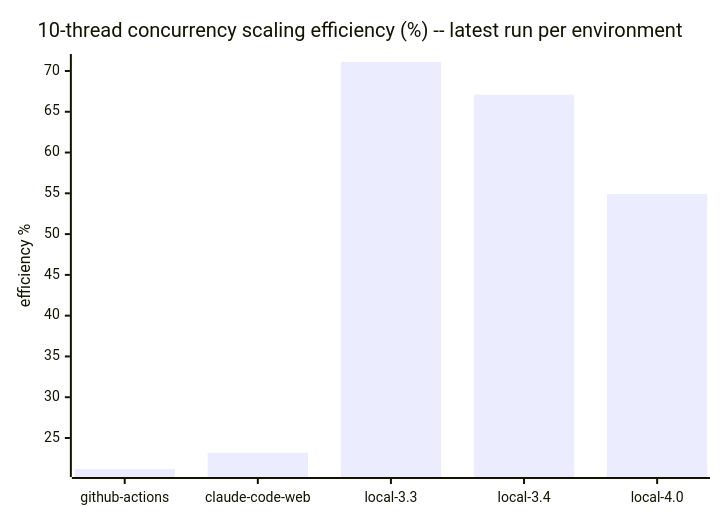
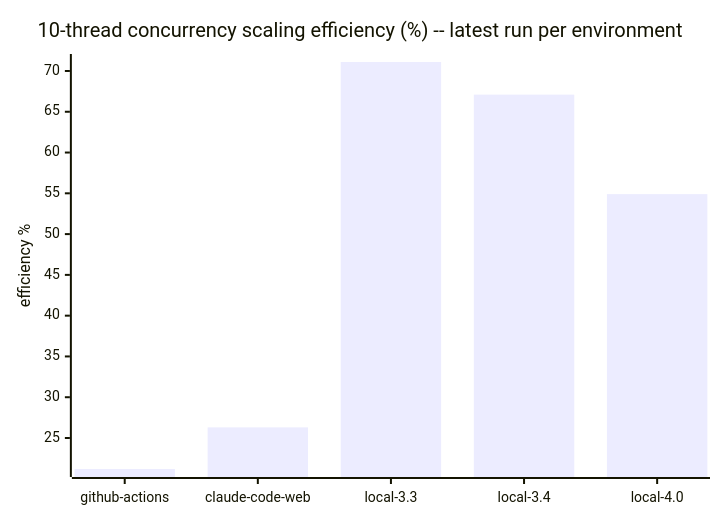
Before and after one commit to cpb/duckling: the seventh of 7 diagrams in docs/benchmarks/README.md, drawn with Mermaid. The commit also changed other lines of this file and 1 other file, not shown here.

````diff
--- a/docs/benchmarks/README.md
+++ b/docs/benchmarks/README.md
@@ -223,7 +223,7 @@
 ```mermaid
 xychart-beta
     title "10-thread concurrency scaling efficiency (%) -- latest run per environment"
     x-axis [github-actions, claude-code-web, local-3.3, local-3.4, local-4.0]
     y-axis "efficiency %"
-    bar "efficiency_pct" [21.2, 23.2, 71.1, 67.1, 54.9]
+    bar "efficiency_pct" [21.2, 26.3, 71.1, 67.1, 54.9]
 ```
````
